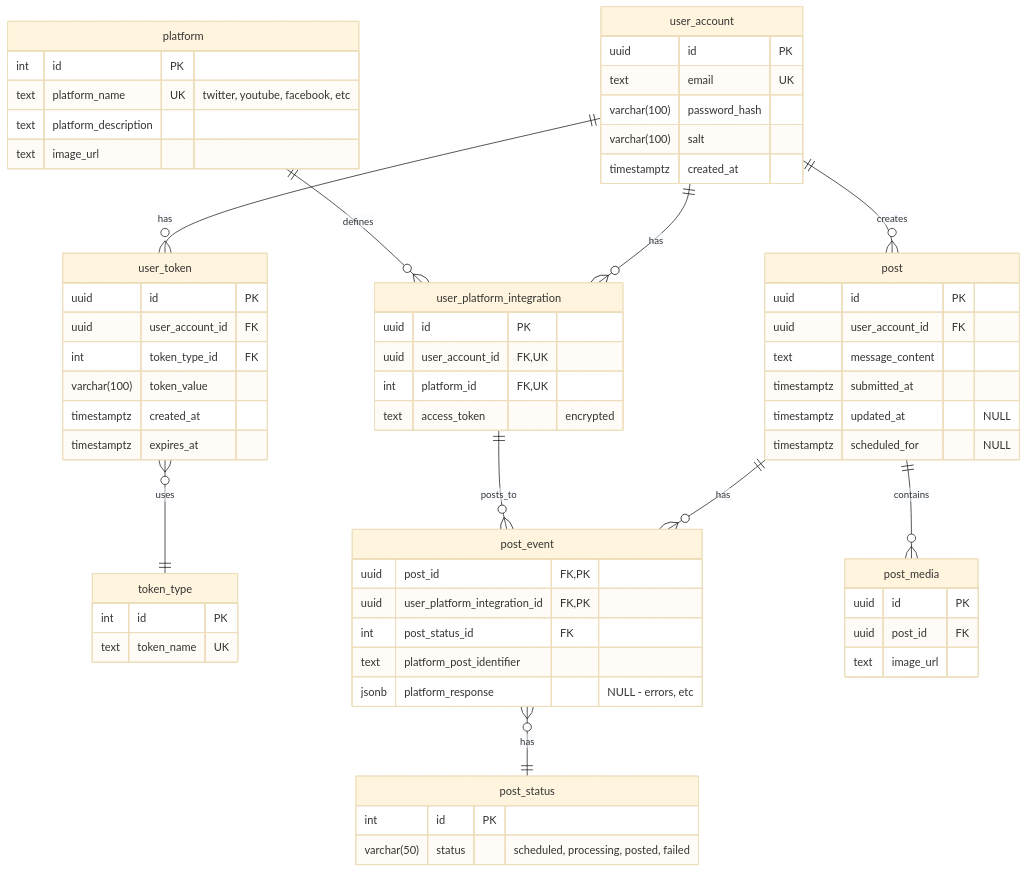
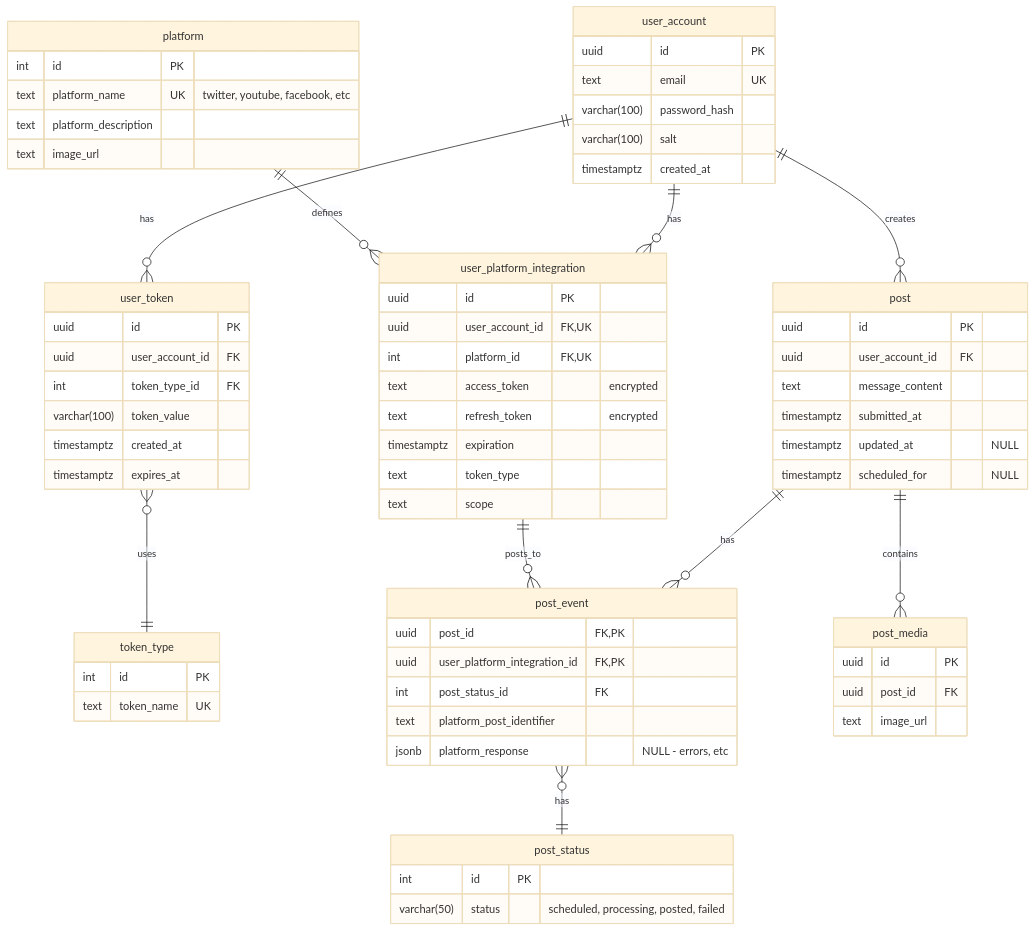
Before and after one commit to JKMN-Projects/ripple_sync_backend: the diagram in documentation/diagrams/er_diagram.md, drawn with Mermaid (base theme). The commit also changed 14 other files, not shown here.

````diff
--- a/documentation/diagrams/er_diagram.md
+++ b/documentation/diagrams/er_diagram.md
@@ -3,76 +3,80 @@
 ``` mermaid
     erDiagram
     user_account ||--o{ user_platform_integration : "has"
     user_account ||--o{ post : "creates"
     user_account ||--o{ user_token : "has"
     user_token }o--|| token_type : "uses"
     post ||--o{ post_event : "has"
     post_event }o--|| post_status : "has"
     post ||--o{ post_media : "contains"
     platform ||--o{ user_platform_integration : "defines"
     user_platform_integration ||--o{ post_event : "posts_to"
 
     user_account {
         uuid id PK
         text email UK
         varchar(100) password_hash
         varchar(100) salt
         timestamptz created_at 
     }
 
     user_token {
         uuid id PK
         uuid user_account_id FK
         int token_type_id FK
         varchar(100) token_value
         timestamptz created_at
         timestamptz expires_at
     }
 
     token_type {
         int id PK
         text token_name UK
     }
 
     platform {
         int id PK
         text platform_name UK "twitter, youtube, facebook, etc"
         text platform_description
         text image_url
     }
 
     user_platform_integration {
         uuid id PK
         uuid user_account_id FK, UK
         int platform_id FK, UK
         text access_token "encrypted"
+        text refresh_token "encrypted"
+        timestamptz expiration
+        text token_type
+        text scope
     }
 
     post {
         uuid id PK
         uuid user_account_id FK
         text message_content
         timestamptz submitted_at
         timestamptz updated_at "NULL"
         timestamptz scheduled_for "NULL"
     }
 
     post_media {
         uuid id PK
         uuid post_id FK
         text image_url 
     }
 
     post_event {
         uuid post_id FK, PK
         uuid user_platform_integration_id FK, PK
         int post_status_id FK
         text platform_post_identifier 
         jsonb platform_response "NULL - errors, etc" 
     }
 
     post_status {
         int id PK
         varchar(50) status "scheduled, processing, posted, failed"
     }
 ```
````
